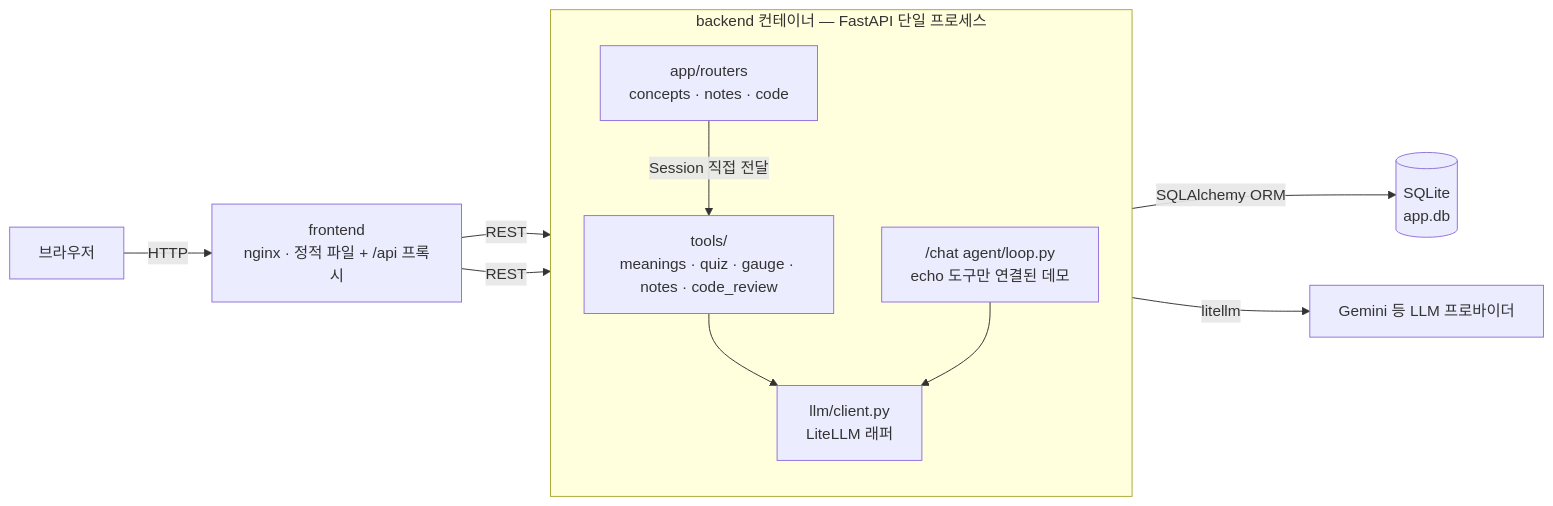
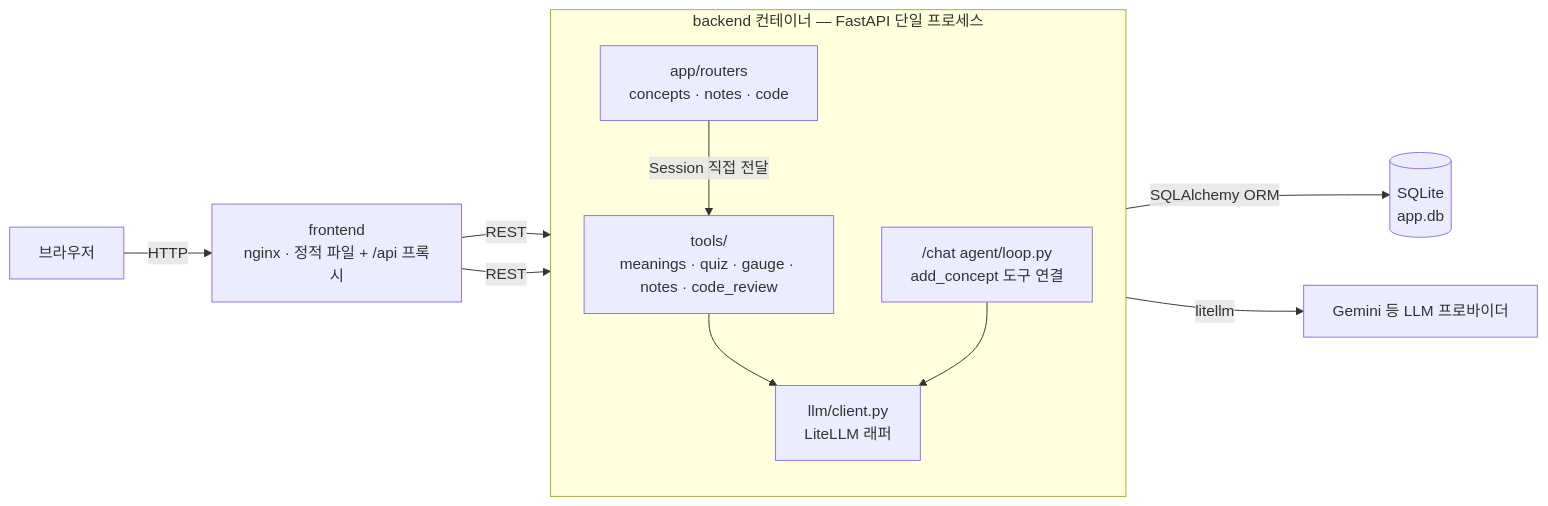
Before and after one commit to oluzr/ai-fullstack-track: the diagram in README.md, drawn with Mermaid. The commit also changed other lines of this file and 23 other files, not shown here.

````diff
--- a/README.md
+++ b/README.md
@@ -82,20 +86,20 @@
 ```mermaid
 graph LR
   B[브라우저] -->|HTTP| FE[frontend<br/>nginx · 정적 파일 + /api 프록시]
 
   subgraph BACKEND["backend 컨테이너 — FastAPI 단일 프로세스"]
     direction TB
     R["app/routers<br/>concepts · notes · code"]
-    CHAT["/chat agent/loop.py<br/>echo 도구만 연결된 데모"]
+    CHAT["/chat agent/loop.py<br/>add_concept 도구 연결"]
     T["tools/<br/>meanings · quiz · gauge · notes · code_review"]
     L["llm/client.py<br/>LiteLLM 래퍼"]
     R -->|Session 직접 전달| T
     T --> L
     CHAT --> L
   end
 
   FE -->|REST| R
   FE -->|REST| CHAT
   T -->|SQLAlchemy ORM| DB[("SQLite<br/>app.db")]
   L -->|litellm| LLM["Gemini 등 LLM 프로바이더"]
 ```
````
